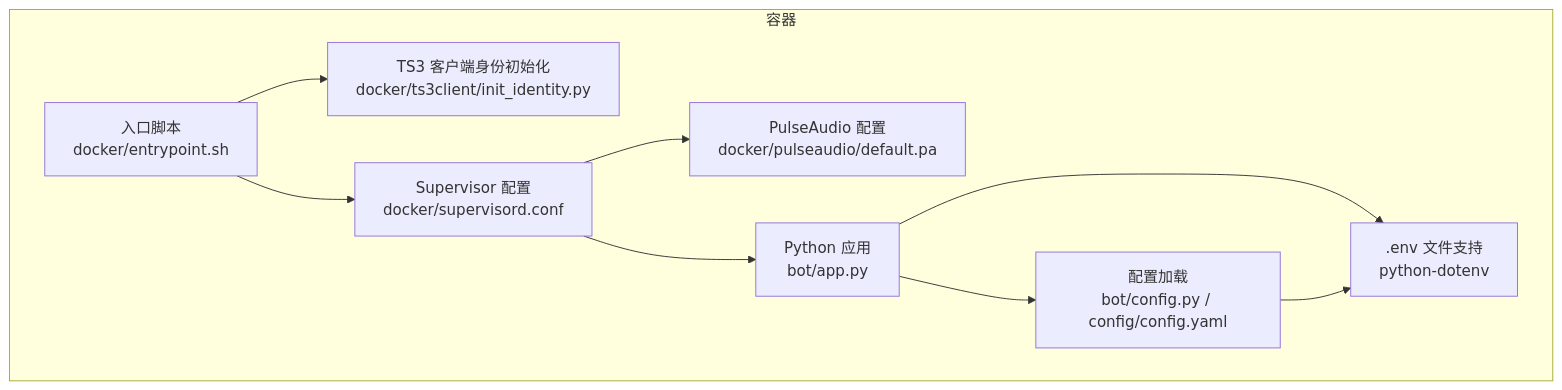
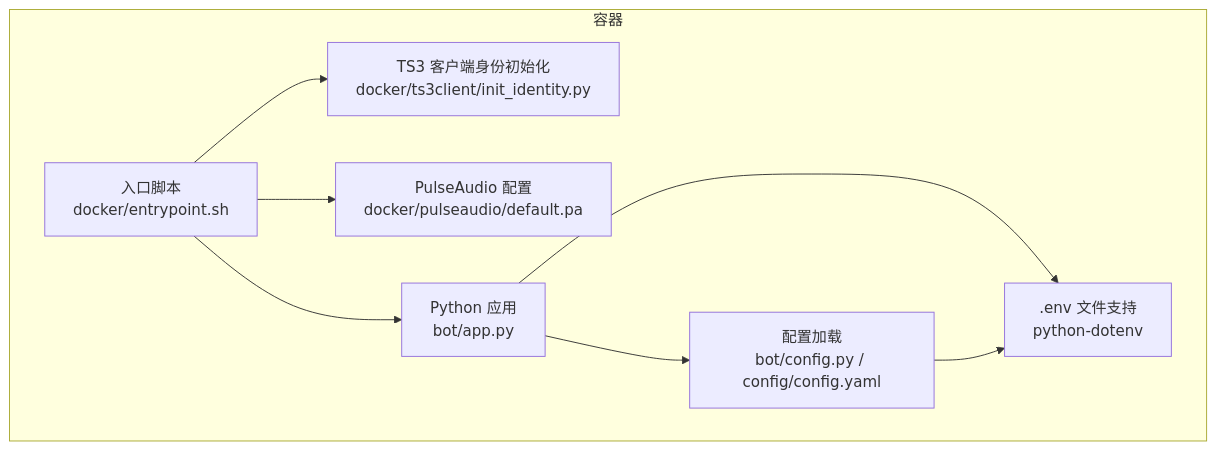
Before and after one commit to GhoulOwl/Teamspeak3_Bot: the first of 7 diagrams in .qoder/repowiki/zh/content/部署和运维/环境配置.md, drawn with Mermaid. The commit also changed other lines of this file and 8 other files, not shown here.

````diff
--- a/.qoder/repowiki/zh/content/部署和运维/环境配置.md
+++ b/.qoder/repowiki/zh/content/部署和运维/环境配置.md
@@ -53,19 +54,17 @@
 ```mermaid
 graph TB
 subgraph "容器"
 EP["入口脚本<br/>docker/entrypoint.sh"]
-SUP["Supervisor 配置<br/>docker/supervisord.conf"]
 PA["PulseAudio 配置<br/>docker/pulseaudio/default.pa"]
 TS3I["TS3 客户端身份初始化<br/>docker/ts3client/init_identity.py"]
 APP["Python 应用<br/>bot/app.py"]
 CFG["配置加载<br/>bot/config.py / config/config.yaml"]
 ENV[".env 文件支持<br/>python-dotenv"]
 end
 EP --> TS3I
-EP --> SUP
-SUP --> PA
-SUP --> APP
+EP --> PA
+EP --> APP
 APP --> CFG
 APP --> ENV
 CFG --> ENV
 ```
````
